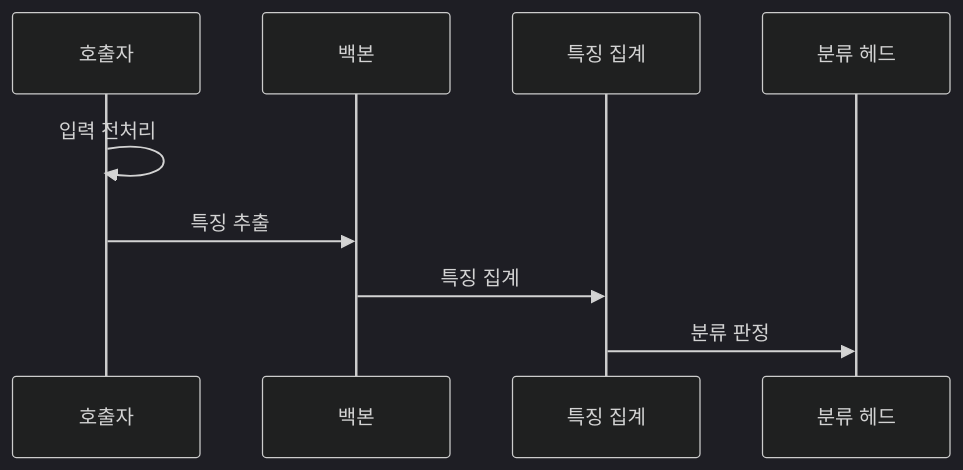
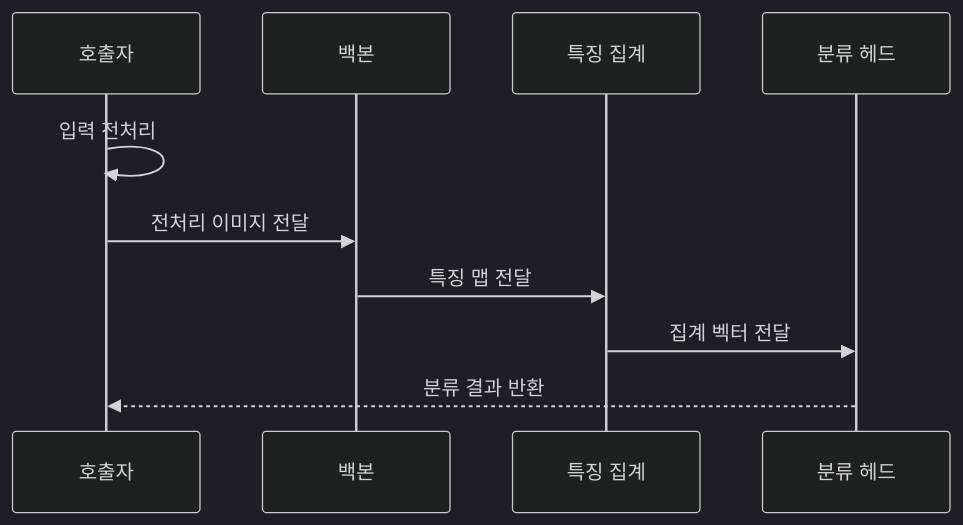
The second of 2 diagrams in src/content/docs/notes/01-basic-theory/056_image_classification.md (agnusdei1207/knowledge-base), drawn with Mermaid (dark theme) before and after one commit. The commit also changed other lines of this file and 7 other files, not shown here.

````diff
--- a/src/content/docs/notes/01-basic-theory/056_image_classification.md
+++ b/src/content/docs/notes/01-basic-theory/056_image_classification.md
@@ -79,11 +87,12 @@
 ```mermaid
 sequenceDiagram
     participant C as 호출자
     participant B as 백본
     participant G as 특징 집계
     participant H as 분류 헤드
     C->>C: 입력 전처리
-    C->>B: 특징 추출
-    B->>G: 특징 집계
-    G->>H: 분류 판정
+    C->>B: 전처리 이미지 전달
+    B->>G: 특징 맵 전달
+    G->>H: 집계 벡터 전달
+    H-->>C: 분류 결과 반환
 ```
````
